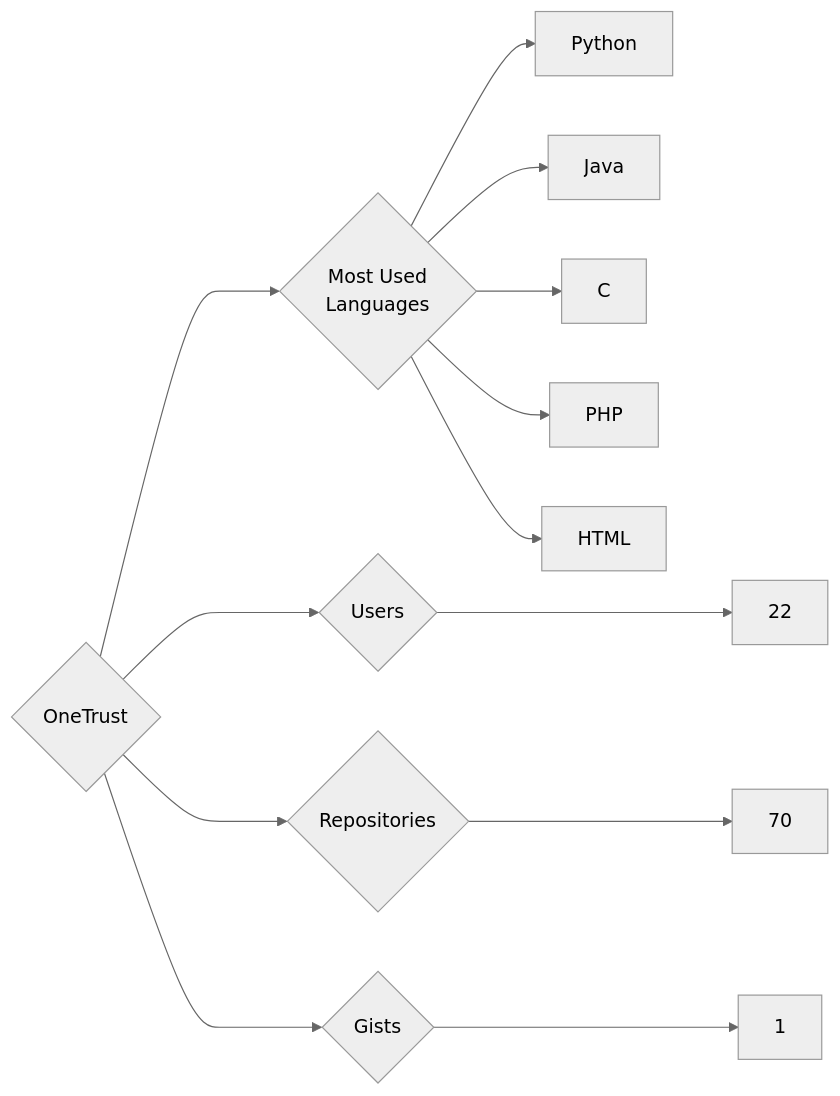
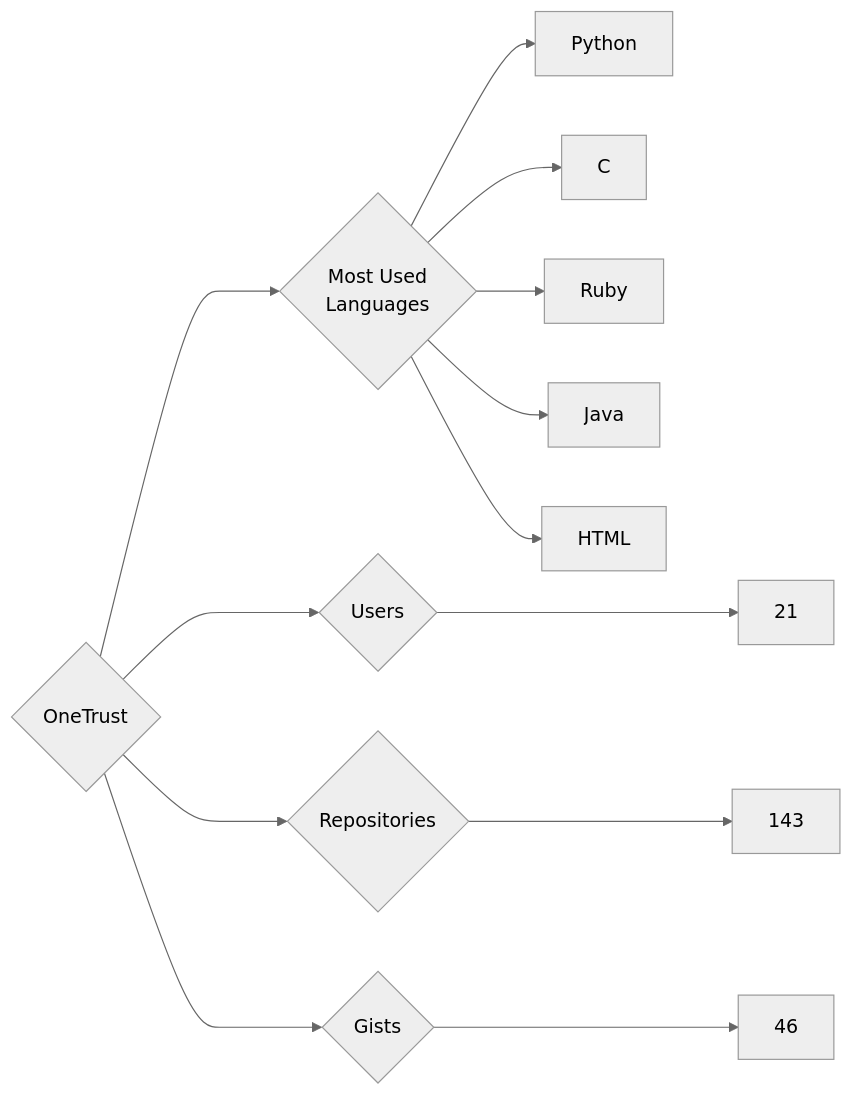
Before and after one commit to trickest/insiders: the diagram in targets/OneTrust/README.md, drawn with Mermaid (neutral theme). The commit also changed 898 other files, not shown here.

````diff
--- a/targets/OneTrust/README.md
+++ b/targets/OneTrust/README.md
@@ -3,13 +3,13 @@
 ```mermaid
 graph LR
 COMPANY_NAME{OneTrust}
-COMPANY_NAME ---> U{Users} ---> UN[22]
-COMPANY_NAME ---> R{Repositories} ---> RN[70]
-COMPANY_NAME ---> G{Gists} ---> GN[1]
+COMPANY_NAME ---> U{Users} ---> UN[21]
+COMPANY_NAME ---> R{Repositories} ---> RN[143]
+COMPANY_NAME ---> G{Gists} ---> GN[46]
 COMPANY_NAME ---> ML{Most Used<br>Languages}
 ML --> Python[Python]
+ML --> C[C]
+ML --> Ruby[Ruby]
 ML --> Java[Java]
-ML --> C[C]
-ML --> PHP[PHP]
 ML --> HTML[HTML]
 ```
````
